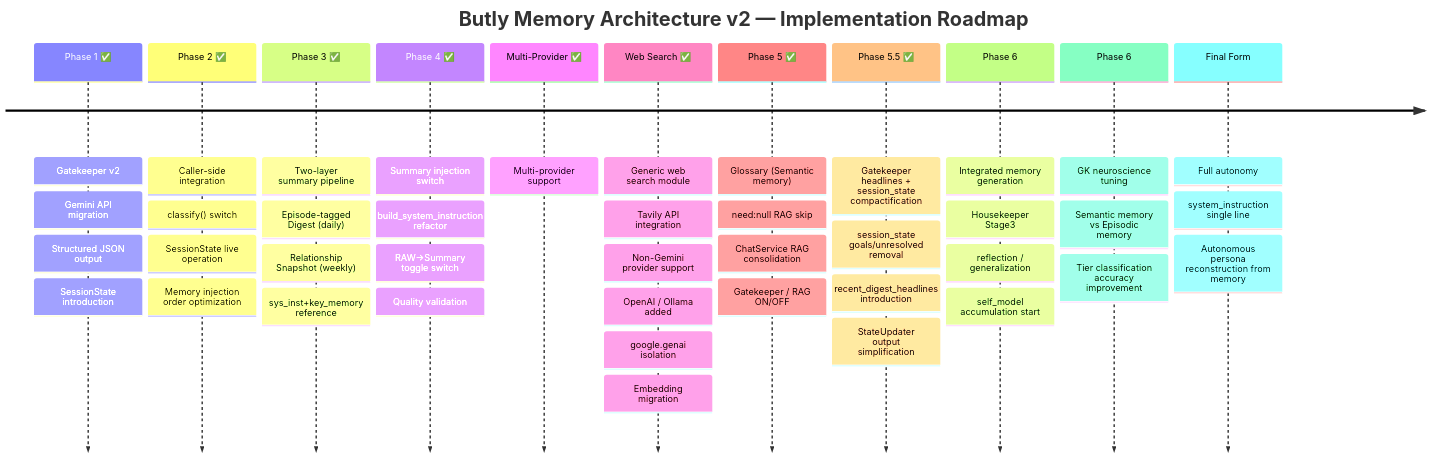
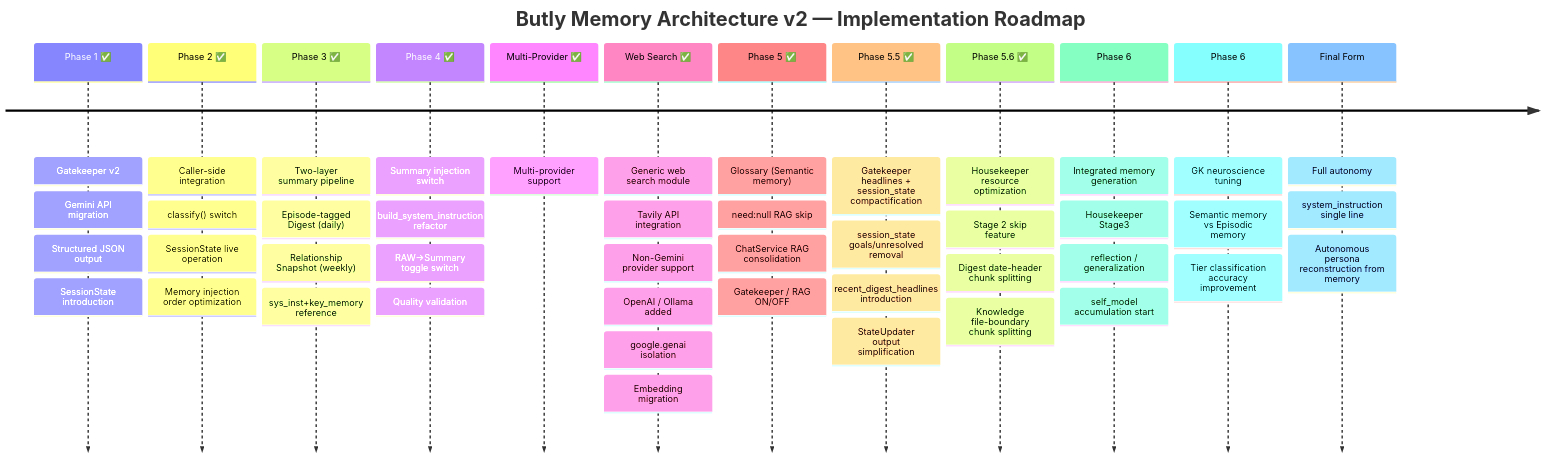
One commit to unagisann/Butly changed the seventh of 7 diagrams in docs/DIAGRAMS.md. Above: the diagram before and after it, drawn with Mermaid. The commit also changed other lines of this file and 8 other files, not shown here.

First line of the commit message:
feat(housekeeper): Stage 2スキップ・チャンク分割・ドキュメント更新

````diff
--- a/docs/DIAGRAMS.md
+++ b/docs/DIAGRAMS.md
@@ -185,45 +191,49 @@
 ```mermaid
 timeline
     title Butly Memory Architecture v2 — Implementation Roadmap
     Phase 1 ✅ : Gatekeeper v2
                 : Gemini API migration
                 : Structured JSON output
                 : SessionState introduction
     Phase 2 ✅ : Caller-side integration
                 : classify() switch
                 : SessionState live operation
                 : Memory injection order optimization
     Phase 3 ✅ : Two-layer summary pipeline
                 : Episode-tagged Digest (daily)
                 : Relationship Snapshot (weekly)
                 : sys_inst+key_memory reference
     Phase 4 ✅ : Summary injection switch
              : build_system_instruction refactor
              : RAW→Summary toggle switch
              : Quality validation
     Multi-Provider ✅ : Multi-provider support
     Web Search ✅ : Generic web search module
                   : Tavily API integration
                   : Non-Gemini provider support
              : OpenAI / Ollama added
              : google.genai isolation
              : Embedding migration
     Phase 5 ✅ : Glossary (Semantic memory)
              : need:null RAG skip
              : ChatService RAG consolidation
              : Gatekeeper / RAG ON/OFF
     Phase 5.5 ✅ : Gatekeeper headlines + session_state compactification
              : session_state goals/unresolved removal
              : recent_digest_headlines introduction
              : StateUpdater output simplification
+    Phase 5.6 ✅ : Housekeeper resource optimization
+             : Stage 2 skip feature
+             : Digest date-header chunk splitting
+             : Knowledge file-boundary chunk splitting
     Phase 6 : Integrated memory generation
              : Housekeeper Stage3
              : reflection / generalization
              : self_model accumulation start
     Phase 6 : GK neuroscience tuning
              : Semantic memory vs Episodic memory
              : Tier classification accuracy improvement
     Final Form : Full autonomy
                 : system_instruction single line
                 : Autonomous persona reconstruction from memory
 ```
````
